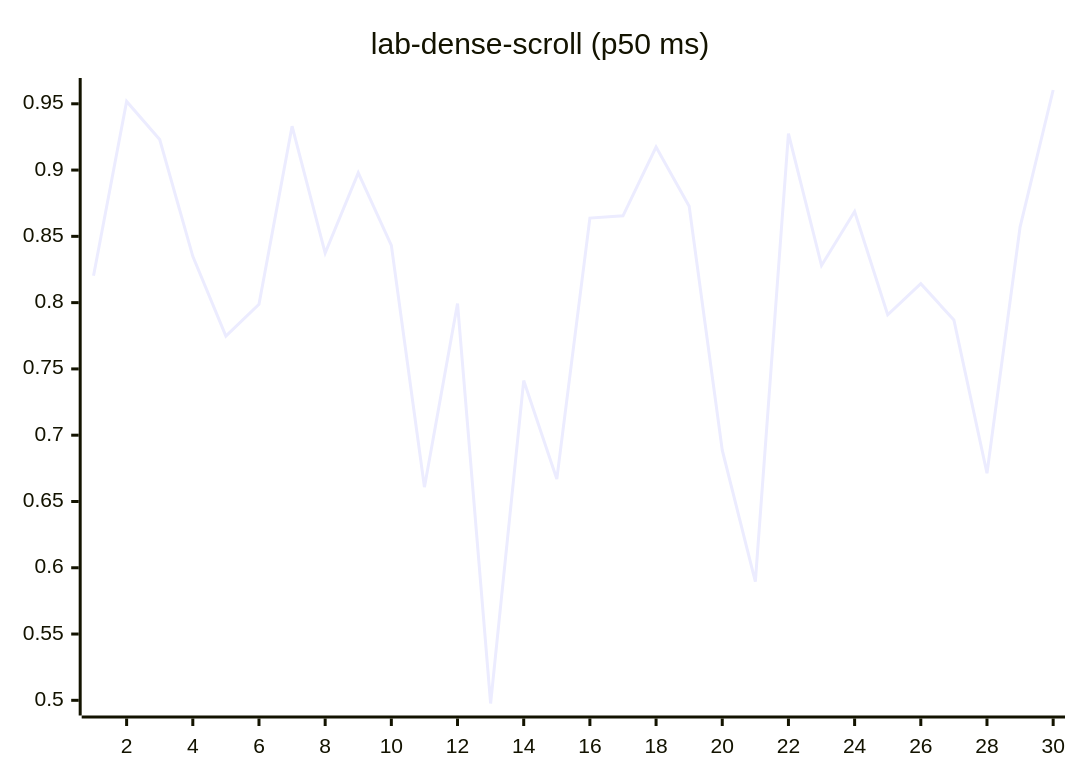
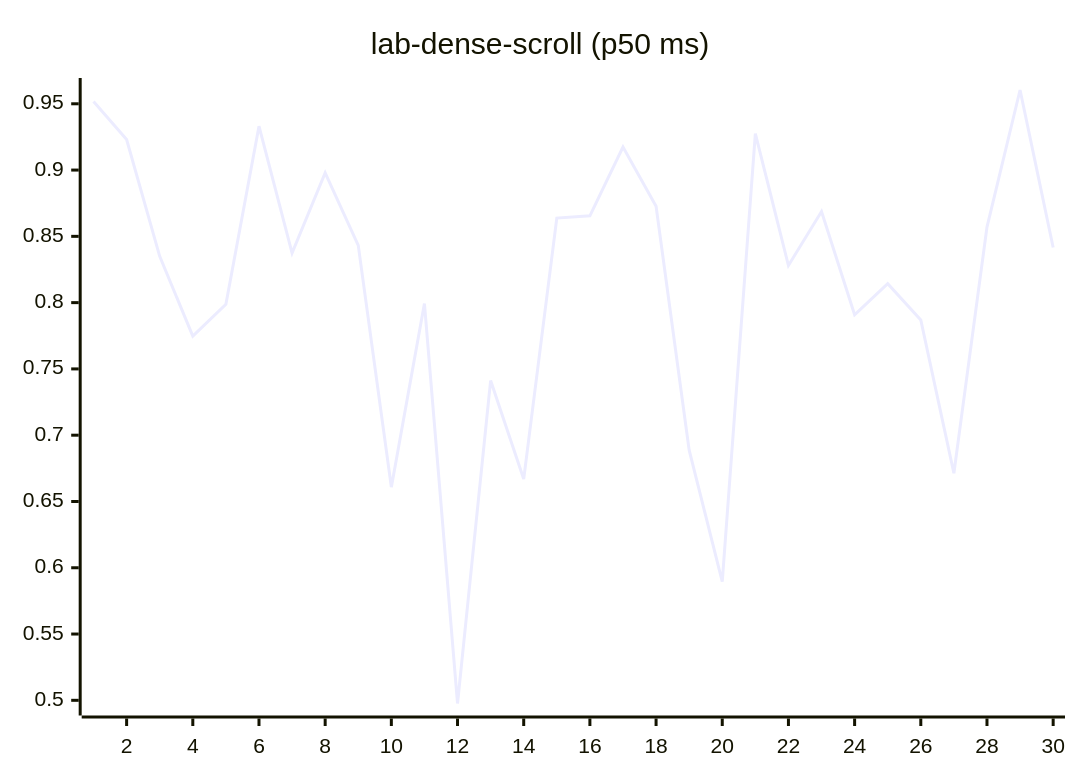
Diagram 12 of 27 in README.md (josha/Facet), drawn with Mermaid before and after one commit. The commit also changed other lines of this file and 2 other files, not shown here.

````diff
--- a/README.md
+++ b/README.md
@@ -140,6 +140,6 @@
 ```mermaid
 xychart-beta
     title "lab-dense-scroll (p50 ms)"
     x-axis 1 --> 30
-    line [0.8203, 0.9518, 0.9230, 0.8349, 0.7748, 0.7987, 0.9331, 0.8374, 0.8979, 0.8432, 0.6608, 0.7993, 0.4976, 0.7412, 0.6669, 0.8638, 0.8655, 0.9174, 0.8727, 0.6887, 0.5895, 0.9275, 0.8280, 0.8687, 0.7908, 0.8143, 0.7869, 0.6713, 0.8570, 0.9604]
+    line [0.9518, 0.9230, 0.8349, 0.7748, 0.7987, 0.9331, 0.8374, 0.8979, 0.8432, 0.6608, 0.7993, 0.4976, 0.7412, 0.6669, 0.8638, 0.8655, 0.9174, 0.8727, 0.6887, 0.5895, 0.9275, 0.8280, 0.8687, 0.7908, 0.8143, 0.7869, 0.6713, 0.8570, 0.9604, 0.8416]
 ```
````
